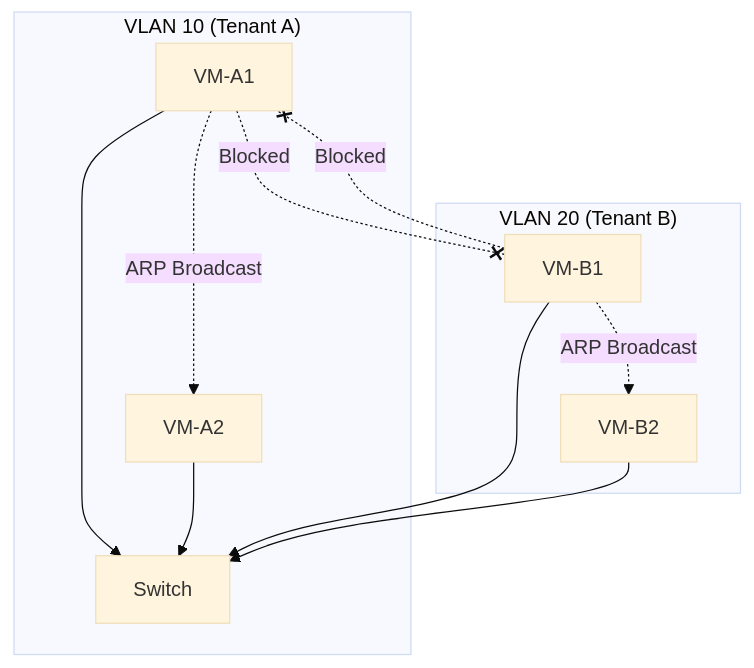
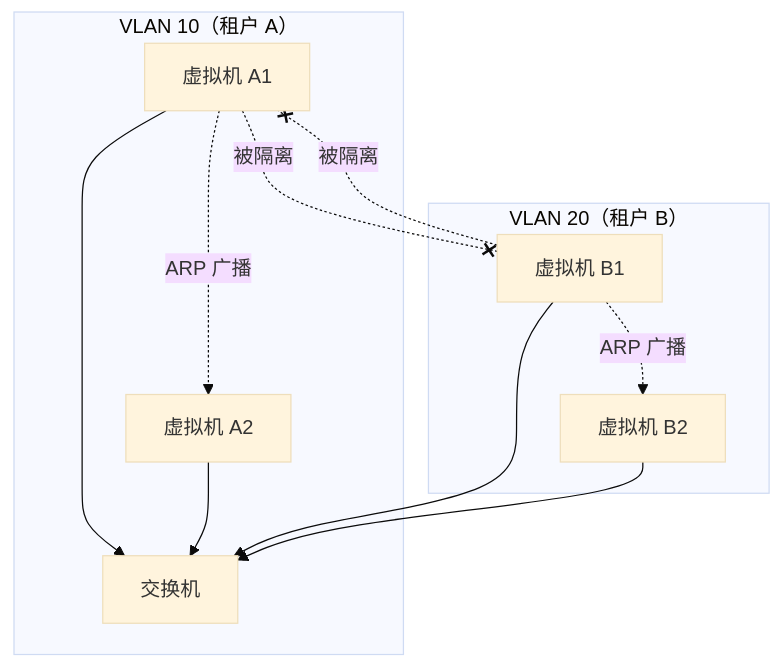
Before and after one commit to caozhiyi/network-book: the first of 2 diagrams in docs/04.VLAN的边界.md, drawn with Mermaid (base theme). The commit also changed other lines of this file and 77 other files, not shown here.

````diff
--- a/docs/04.VLAN的边界.md
+++ b/docs/04.VLAN的边界.md
@@ -46,16 +46,16 @@
 ```mermaid
 graph TB
-    subgraph "VLAN 10 (Tenant A)"
-        A1[VM-A1] --> SW[Switch]
-        A2[VM-A2] --> SW
+    subgraph "VLAN 10（租户 A）"
+        A1[虚拟机 A1] --> SW[交换机]
+        A2[虚拟机 A2] --> SW
     end
-    subgraph "VLAN 20 (Tenant B)"
-        B1[VM-B1] --> SW
-        B2[VM-B2] --> SW
+    subgraph "VLAN 20（租户 B）"
+        B1[虚拟机 B1] --> SW
+        B2[虚拟机 B2] --> SW
     end
     
-    A1 -.->|"ARP Broadcast"| A2
-    A1 -.-x|" Blocked"| B1
-    B1 -.->|"ARP Broadcast"| B2
-    B1 -.-x|" Blocked"| A1
+    A1 -.->|"ARP 广播"| A2
+    A1 -.-x|"被隔离"| B1
+    B1 -.->|"ARP 广播"| B2
+    B1 -.-x|"被隔离"| A1
 ```
````
